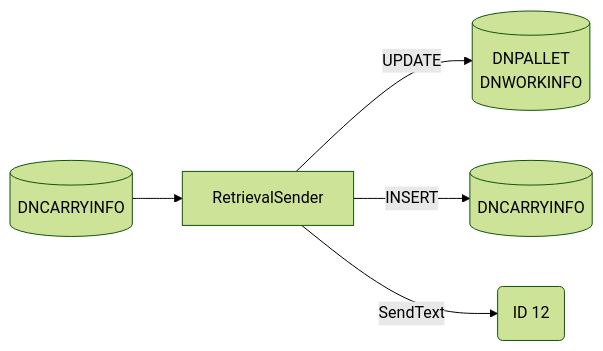
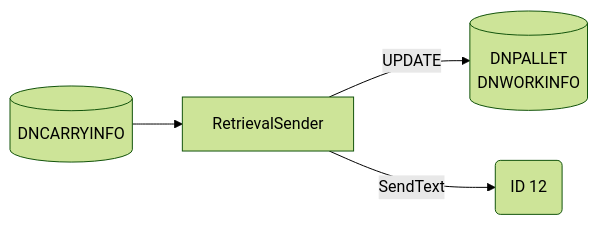
The fifth of 19 diagrams in Basic-Design/DFD-WMS/Retrieval/Transfer-Setting/Ambient-to-Tempering.md (luthfiadityaa/SimeDarby-Wiki), drawn with Mermaid (forest theme) before and after one commit. The commit also changed other lines of this file, not shown here.

```diff
--- a/Basic-Design/DFD-WMS/Retrieval/Transfer-Setting/Ambient-to-Tempering.md
+++ b/Basic-Design/DFD-WMS/Retrieval/Transfer-Setting/Ambient-to-Tempering.md
@@ -204,24 +227,19 @@
 ::: mermaid
 flowchart LR
 
 retrievalsender-input[("
 DNCARRYINFO
 ")]
 
 retrievalsender-update[("
 DNPALLET
 DNWORKINFO
 ")]
 
-retrievalsender-insert[("
-DNCARRYINFO
-")]
-
 id12msg("
 ID 12
 ")
 
 retrievalsender-input-->RetrievalSender--> |UPDATE| retrievalsender-update
-RetrievalSender--> |INSERT| retrievalsender-insert
 RetrievalSender--> |SendText| id12msg
 :::
```
